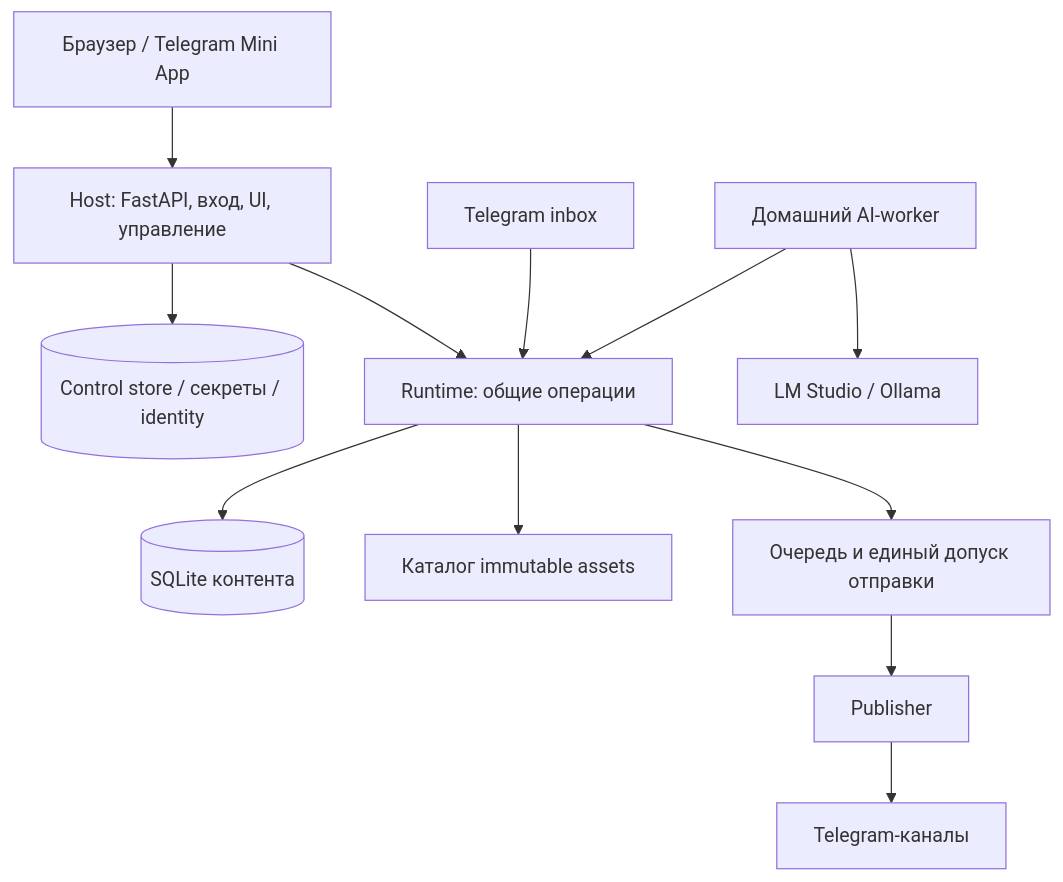
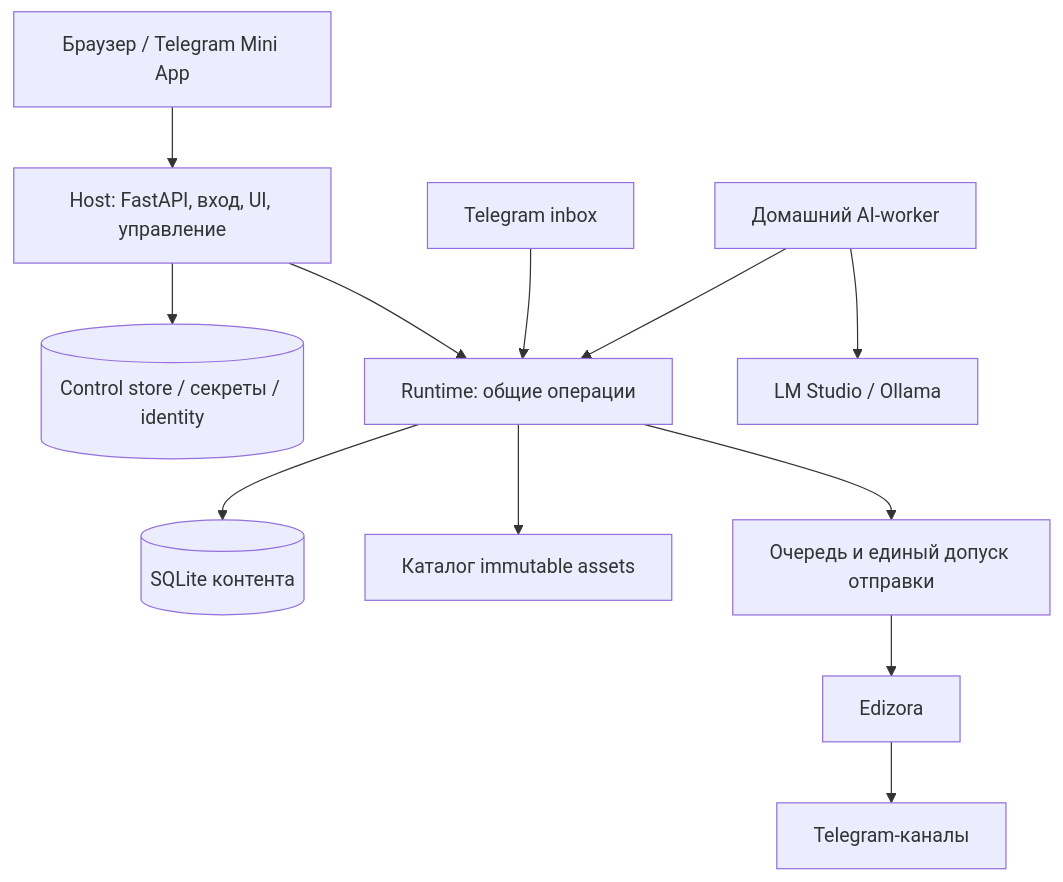
One commit to TheHolo/edizora changed the diagram in docs/rebuild-from-scratch.md. Above: the diagram before and after it, drawn with Mermaid. The commit also changed other lines of this file and 80 other files, not shown here.

````diff
--- a/docs/rebuild-from-scratch.md
+++ b/docs/rebuild-from-scratch.md
@@ -100,14 +100,14 @@
 ```mermaid
 flowchart TD
   WEB[Браузер / Telegram Mini App] --> HOST[Host: FastAPI, вход, UI, управление]
   HOST --> CTRL[(Control store / секреты / identity)]
   HOST --> RUNTIME[Runtime: общие операции]
   TG[Telegram inbox] --> RUNTIME
   RUNTIME --> DB[(SQLite контента)]
   RUNTIME --> ASSETS[Каталог immutable assets]
   RUNTIME --> QUEUE[Очередь и единый допуск отправки]
-  QUEUE --> PUB[Publisher]
+  QUEUE --> PUB[Edizora]
   PUB --> CHANNELS[Telegram-каналы]
   AI[Домашний AI-worker] --> RUNTIME
   AI --> LLM[LM Studio / Ollama]
 ```
````
